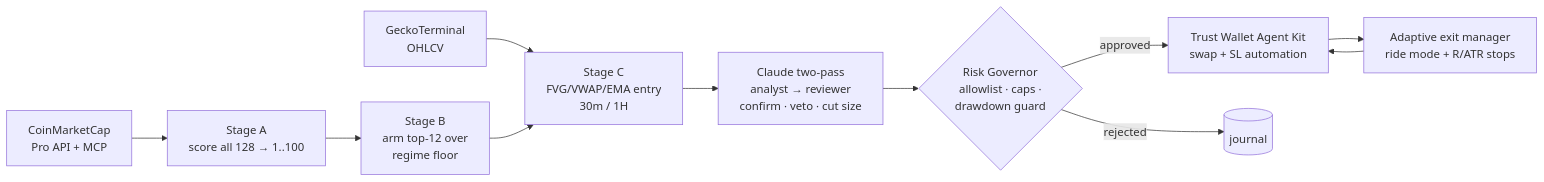
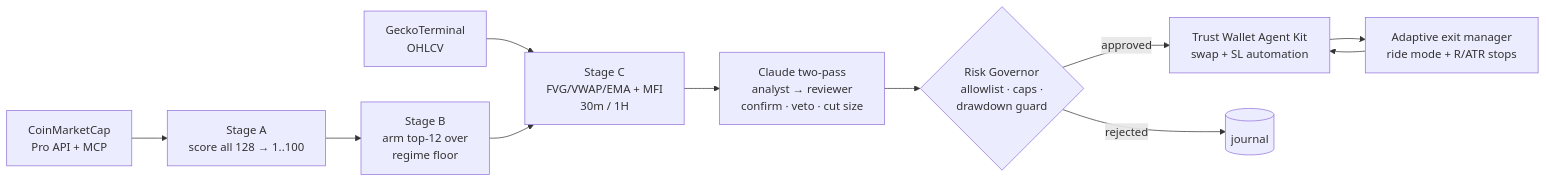
Before and after one commit to Tyled763/tradingpalantir: the diagram in README.md, drawn with Mermaid. The commit also changed other lines of this file and 2 other files, not shown here.

First line of the commit message:
docs: mention MFI money-flow confirmation gate in entry description

````diff
--- a/README.md
+++ b/README.md
@@ -58,13 +59,13 @@
 ```mermaid
 flowchart LR
     CMC[CoinMarketCap<br/>Pro API + MCP] --> A
     GT[GeckoTerminal<br/>OHLCV] --> C
     A[Stage A<br/>score all 128 → 1..100] --> B[Stage B<br/>arm top-12 over<br/>regime floor]
-    B --> C[Stage C<br/>FVG/VWAP/EMA entry<br/>30m / 1H]
+    B --> C[Stage C<br/>FVG/VWAP/EMA + MFI<br/>30m / 1H]
     C --> L[Claude two-pass<br/>analyst → reviewer<br/>confirm · veto · cut size]
     L --> R{Risk Governor<br/>allowlist · caps ·<br/>drawdown guard}
     R -->|approved| X[Trust Wallet Agent Kit<br/>swap + SL automation]
     R -->|rejected| J[(journal)]
     X --> M[Adaptive exit manager<br/>ride mode + R/ATR stops]
     M --> X
 ```
````
